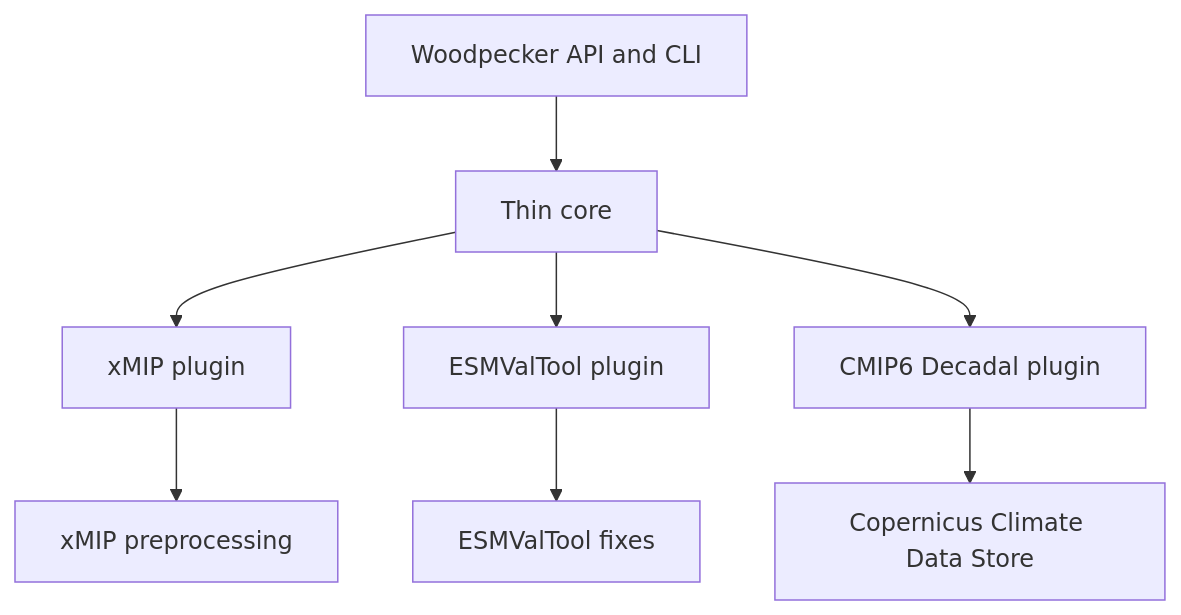
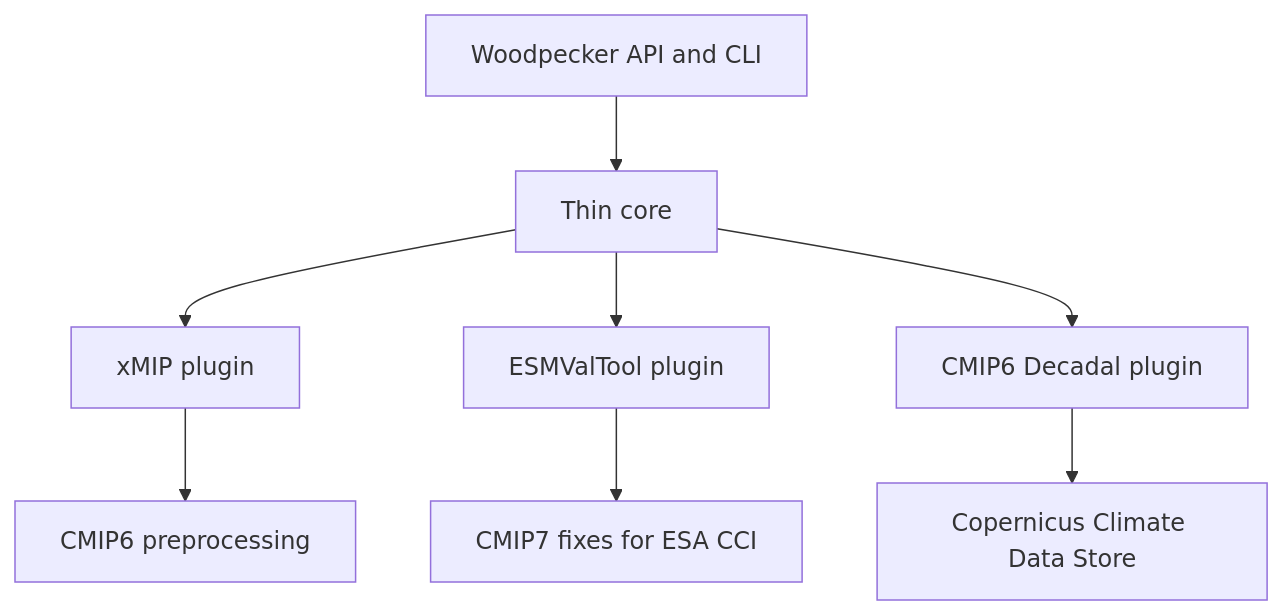
One commit to roocs/woodpecker changed the first of 4 diagrams in woodpecker-milano-slides.md. Above: the diagram before and after it, drawn with Mermaid. The commit also changed other lines of this file, not shown here.

````diff
--- a/woodpecker-milano-slides.md
+++ b/woodpecker-milano-slides.md
@@ -65,10 +65,10 @@
 ```mermaid
 flowchart TD
     U["Woodpecker API and CLI"] --> C["Thin core"]
     C --> P1["xMIP plugin"]
     C --> P2["ESMValTool plugin"]
     C --> P3["CMIP6 Decadal plugin"]
-    P1 --> L1["xMIP preprocessing"]
-    P2 --> L2["ESMValTool fixes"]
+    P1 --> L1["CMIP6 preprocessing"]
+    P2 --> L2["CMIP7 fixes for ESA CCI"]
     P3 --> L3["Copernicus Climate Data Store"]
 ```
````
